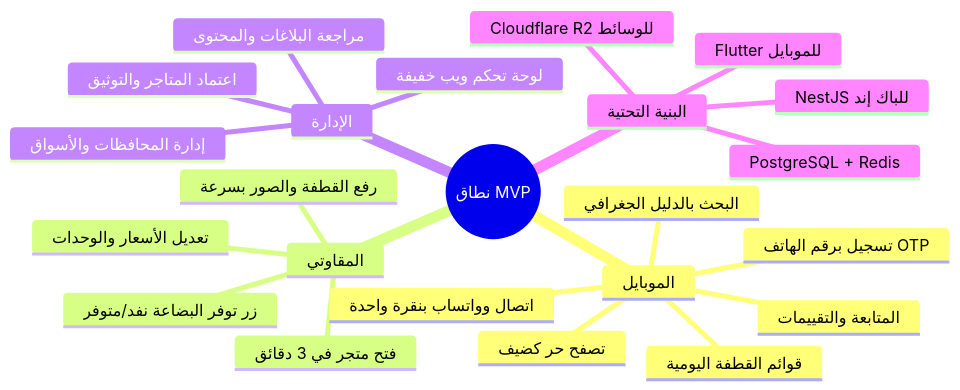
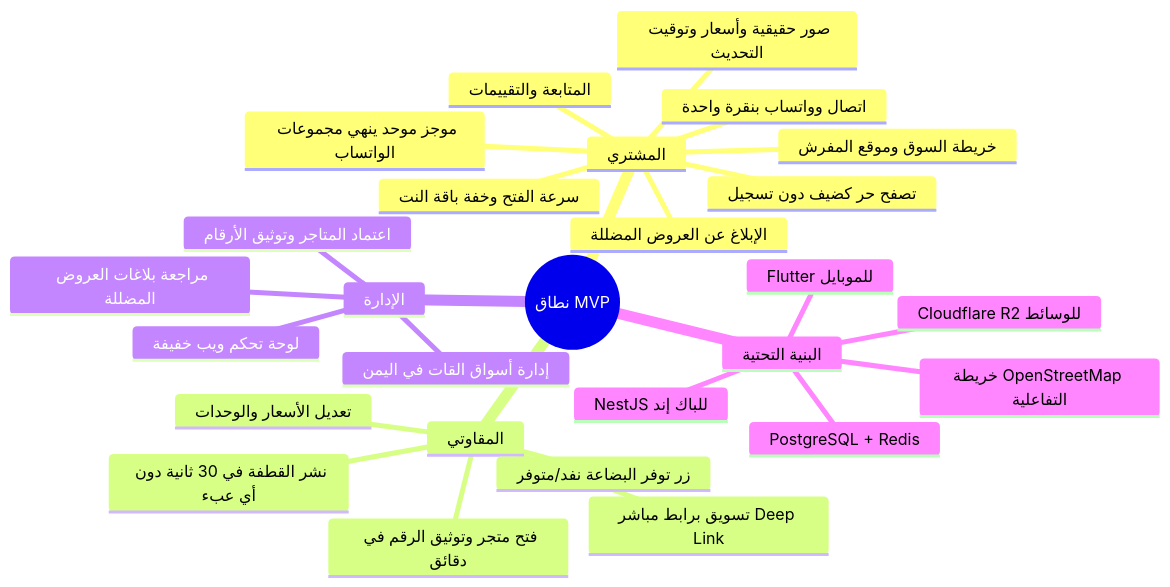
The diagram in docs/08-mvp-scope.md (Emad20112/qatfa), drawn with Mermaid before and after one commit. The commit also changed other lines of this file and 13 other files, not shown here.

````diff
--- a/docs/08-mvp-scope.md
+++ b/docs/08-mvp-scope.md
@@ -16,26 +16,30 @@
 ```mermaid
 mindmap
   root((نطاق MVP))
-    الموبايل
-      تصفح حر كضيف
-      تسجيل برقم الهاتف OTP
-      قوائم القطفة اليومية
-      البحث بالدليل الجغرافي
+    المشتري
+      تصفح حر كضيف دون تسجيل
+      موجز موحد ينهي مجموعات الواتساب
+      صور حقيقية وأسعار وتوقيت التحديث
+      خريطة السوق وموقع المفرش
+      اتصال وواتساب بنقرة واحدة
       المتابعة والتقييمات
-      اتصال وواتساب بنقرة واحدة
+      الإبلاغ عن العروض المضللة
+      سرعة الفتح وخفة باقة النت
     المقاوتي
-      فتح متجر في 3 دقائق
-      رفع القطفة والصور بسرعة
+      فتح متجر وتوثيق الرقم في دقائق
+      نشر القطفة في 30 ثانية دون أي عبء
       زر توفر البضاعة نفد/متوفر
       تعديل الأسعار والوحدات
+      تسويق برابط مباشر Deep Link
     الإدارة
       لوحة تحكم ويب خفيفة
-      اعتماد المتاجر والتوثيق
-      مراجعة البلاغات والمحتوى
-      إدارة المحافظات والأسواق
+      اعتماد المتاجر وتوثيق الأرقام
+      مراجعة بلاغات العروض المضللة
+      إدارة أسواق القات في اليمن
     البنية التحتية
       Flutter للموبايل
       NestJS للباك إند
       PostgreSQL + Redis
       Cloudflare R2 للوسائط
+      خريطة OpenStreetMap التفاعلية
 ```
````
